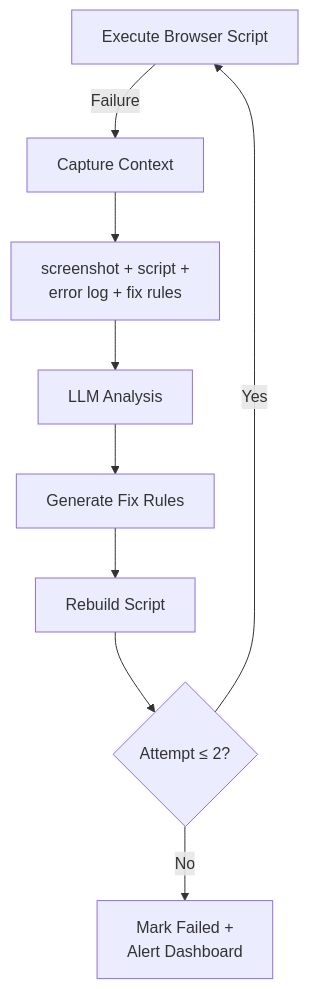
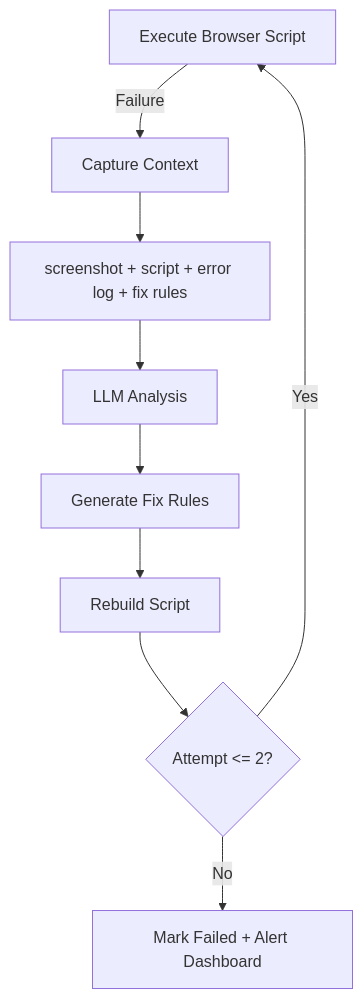
Before and after one commit to web3ToolBoxDev/toolBoxClient: the second of 2 diagrams in README.md, drawn with Mermaid. The commit also changed other lines of this file, not shown here.

First line of the commit message:
fix(docs): fix Mermaid syntax errors in README architecture diagram

````diff
--- a/README.md
+++ b/README.md
@@ -92,11 +89,11 @@
 ```mermaid
 flowchart TD
     A[Execute Browser Script] -->|Failure| B[Capture Context]
-    B --> C[screenshot + script +<br/>error log + fix rules]
+    B --> C[screenshot + script + error log + fix rules]
     C --> D[LLM Analysis]
     D --> E[Generate Fix Rules]
     E --> F[Rebuild Script]
-    F --> G{Attempt ≤ 2?}
+    F --> G{Attempt <= 2?}
     G -->|Yes| A
-    G -->|No| H[Mark Failed +<br/>Alert Dashboard]
+    G -->|No| H[Mark Failed + Alert Dashboard]
 ```
````
